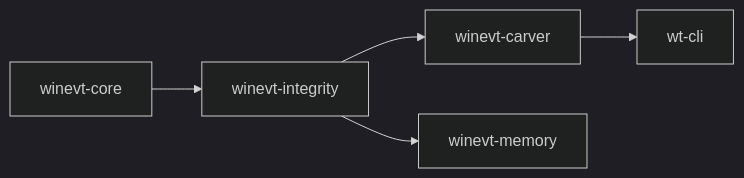
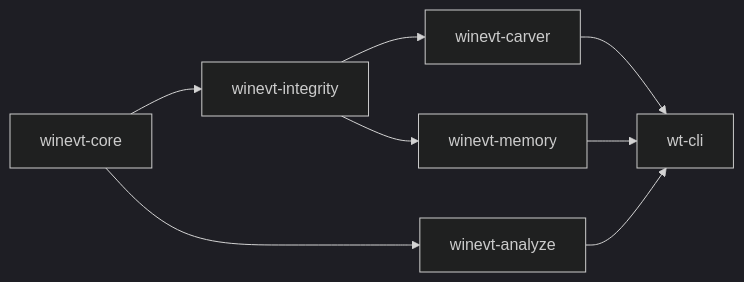
Before and after one commit to SecurityRonin/winevt-forensic: the diagram in README.md, drawn with Mermaid (dark theme). The commit also changed other lines of this file and 4 other files, not shown here.

````diff
--- a/README.md
+++ b/README.md
@@ -194,7 +361,10 @@
 ```mermaid
 graph LR
     A[winevt-core] --> B[winevt-integrity]
     B --> C[winevt-carver]
     B --> E[winevt-memory]
-    C --> D[wt-cli]
+    A --> F[winevt-analyze]
+    C --> G[wt-cli]
+    E --> G
+    F --> G
 ```
````
